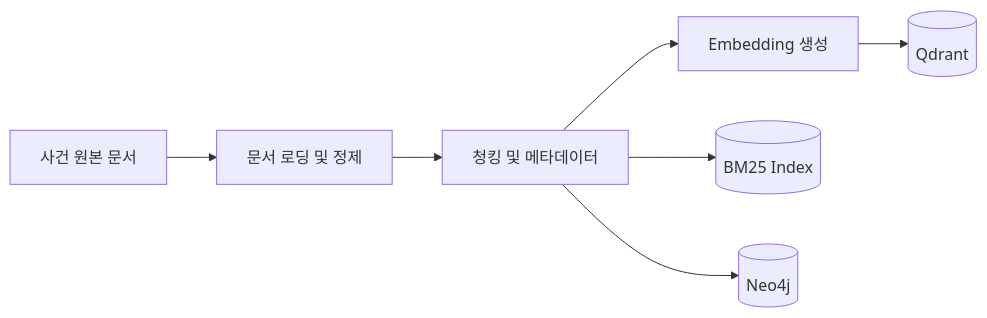
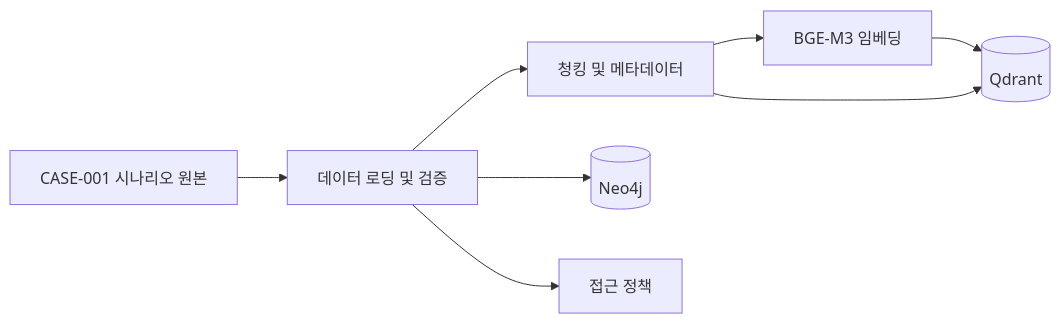
The seventh of 7 diagrams in docs/architecture/02-system-flow.md (SKNETWORKS-FAMILY-AICAMP/SKN36-3rd-2Team), drawn with Mermaid before and after one commit. The commit also changed other lines of this file and 31 other files, not shown here.

````diff
--- a/docs/architecture/02-system-flow.md
+++ b/docs/architecture/02-system-flow.md
@@ -154,19 +416,18 @@
 ```mermaid
 flowchart LR
-    DOC["사건 원본 문서"]
-    LOAD["문서 로딩 및 정제"]
+    SOURCE["CASE-001 시나리오 원본"]
+    LOAD["데이터 로딩 및 검증"]
     CHUNK["청킹 및 메타데이터"]
-    EMBED["Embedding 생성"]
-    QDRANT[("Qdrant")]
-    BM25[("BM25 Index")]
+    EMBED["BGE-M3 임베딩"]
+    VECTOR[("Qdrant")]
     GRAPH[("Neo4j")]
+    POLICY["접근 정책"]
 
-    DOC --> LOAD
+    SOURCE --> LOAD
     LOAD --> CHUNK
-
     CHUNK --> EMBED
-    EMBED --> QDRANT
-
-    CHUNK --> BM25
-    CHUNK --> GRAPH
+    EMBED --> VECTOR
+    CHUNK --> VECTOR
+    LOAD --> GRAPH
+    LOAD --> POLICY
 ```
````
